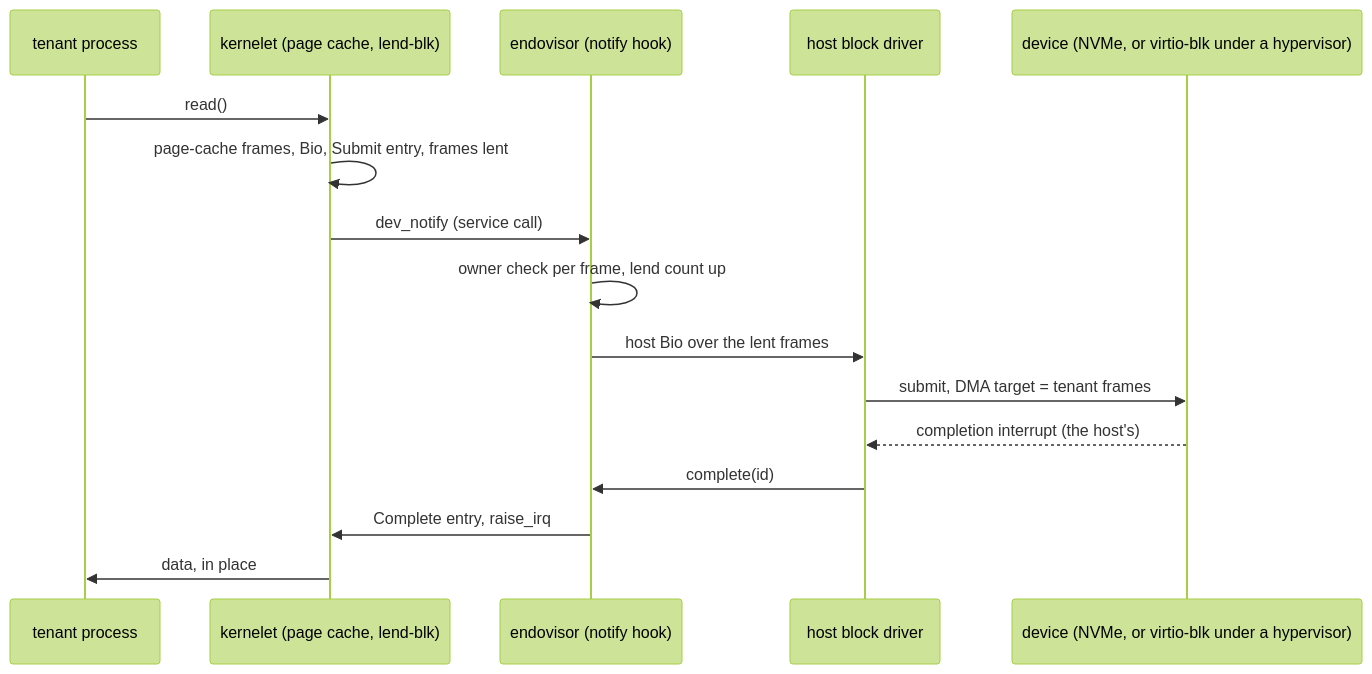
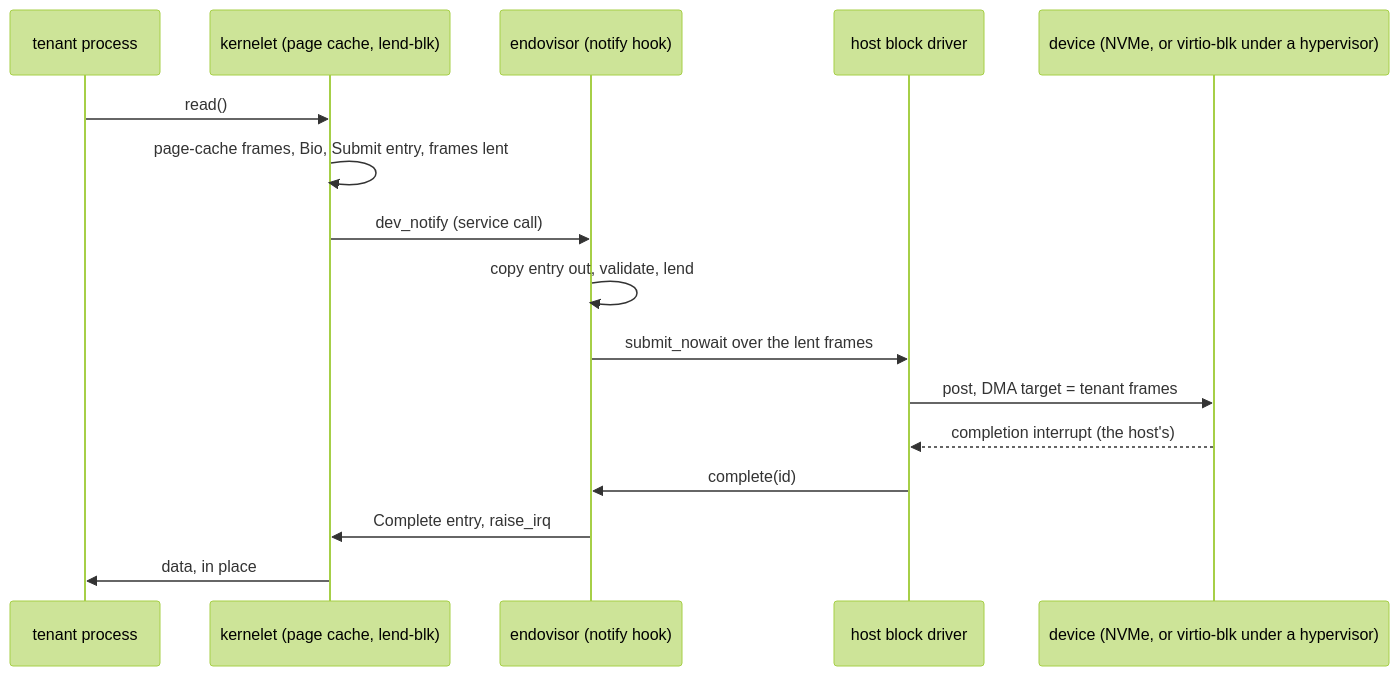
Before and after one commit to tatetian/kernelet-book: the second of 4 diagrams in src/blueprint/design/zero-copy-io.md, drawn with Mermaid (forest theme). The commit also changed other lines of this file and 5 other files, not shown here.

````diff
--- a/src/blueprint/design/zero-copy-io.md
+++ b/src/blueprint/design/zero-copy-io.md
@@ -90,18 +89,18 @@
 ```mermaid
 sequenceDiagram
   participant P as tenant process
   participant K as kernelet (page cache, lend-blk)
   participant H as endovisor (notify hook)
   participant D as host block driver
   participant S as device (NVMe, or virtio-blk under a hypervisor)
   P->>K: read()
   K->>K: page-cache frames, Bio, Submit entry, frames lent
   K->>H: dev_notify (service call)
-  H->>H: owner check per frame, lend count up
-  H->>D: host Bio over the lent frames
-  D->>S: submit, DMA target = tenant frames
+  H->>H: copy entry out, validate, lend
+  H->>D: submit_nowait over the lent frames
+  D->>S: post, DMA target = tenant frames
   S-->>D: completion interrupt (the host's)
   D->>H: complete(id)
   H->>K: Complete entry, raise_irq
   K->>P: data, in place
 ```
````
